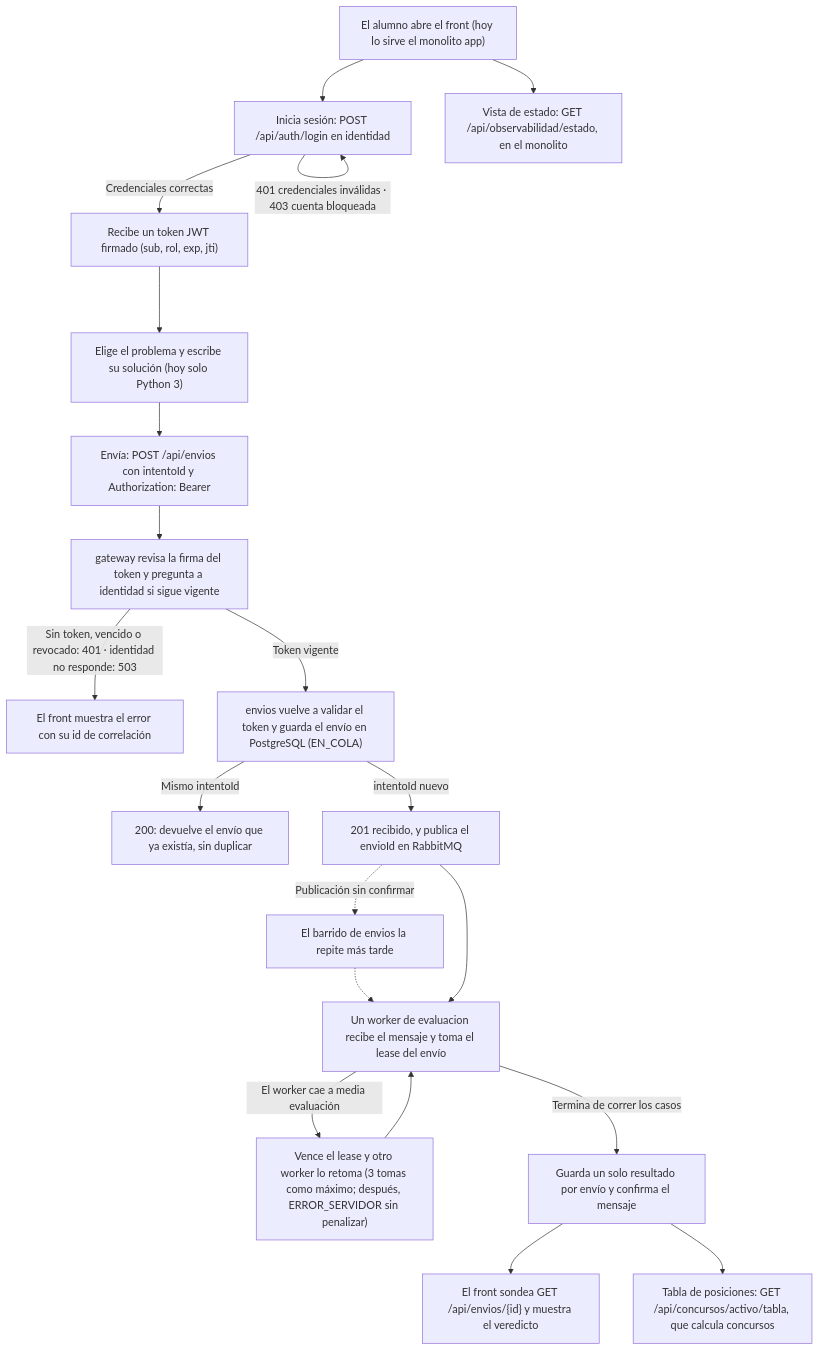
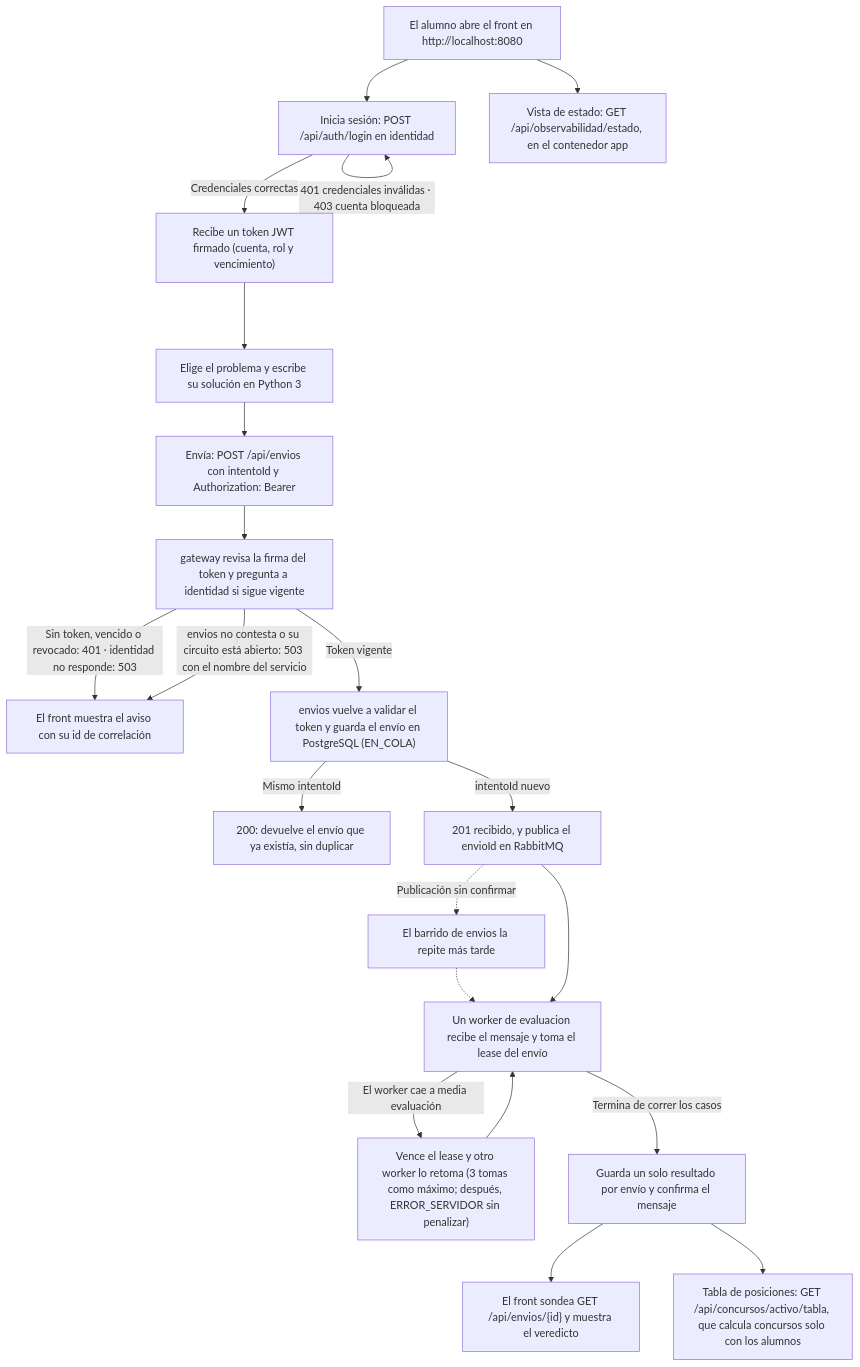
The first of 3 diagrams in docs/arquitectura.md (Delta2904/sd-2027-1-distrinubs), drawn with Mermaid before and after one commit. The commit also changed other lines of this file, not shown here.

Commit message:
Reescribe docs/arquitectura.md con lo que levanta el Compose de la etapa 2, lo planeado sin implementar y los tiempos medidos

````diff
--- a/docs/arquitectura.md
+++ b/docs/arquitectura.md
@@ -11,26 +11,27 @@
 ```mermaid
 flowchart TD
-    A["El alumno abre el front (hoy lo sirve el monolito app)"] --> B["Inicia sesión: POST /api/auth/login en identidad"]
-    B -->|"Credenciales correctas"| C["Recibe un token JWT firmado (sub, rol, exp, jti)"]
+    A["El alumno abre el front en http://localhost:8080"] --> B["Inicia sesión: POST /api/auth/login en identidad"]
+    B -->|"Credenciales correctas"| C["Recibe un token JWT firmado (cuenta, rol y vencimiento)"]
     B -->|"401 credenciales inválidas · 403 cuenta bloqueada"| B
 
-    C --> D["Elige el problema y escribe su solución (hoy solo Python 3)"]
+    C --> D["Elige el problema y escribe su solución en Python 3"]
     D --> E["Envía: POST /api/envios con intentoId y Authorization: Bearer"]
     E --> F["gateway revisa la firma del token y pregunta a identidad si sigue vigente"]
-    F -->|"Sin token, vencido o revocado: 401 · identidad no responde: 503"| ERR["El front muestra el error con su id de correlación"]
+    F -->|"Sin token, vencido o revocado: 401 · identidad no responde: 503"| ERR["El front muestra el aviso con su id de correlación"]
+    F -->|"envios no contesta o su circuito está abierto: 503 con el nombre del servicio"| ERR
     F -->|"Token vigente"| G["envios vuelve a validar el token y guarda el envío en PostgreSQL (EN_COLA)"]
 
     G -->|"Mismo intentoId"| G2["200: devuelve el envío que ya existía, sin duplicar"]
     G -->|"intentoId nuevo"| H["201 recibido, y publica el envioId en RabbitMQ"]
     H -.->|"Publicación sin confirmar"| H2["El barrido de envios la repite más tarde"]
     H2 -.-> I
 
     H --> I["Un worker de evaluacion recibe el mensaje y toma el lease del envío"]
     I -->|"El worker cae a media evaluación"| I2["Vence el lease y otro worker lo retoma (3 tomas como máximo; después, ERROR_SERVIDOR sin penalizar)"]
     I2 --> I
     I -->|"Termina de correr los casos"| J["Guarda un solo resultado por envío y confirma el mensaje"]
 
     J --> K["El front sondea GET /api/envios/{id} y muestra el veredicto"]
-    J --> L["Tabla de posiciones: GET /api/concursos/activo/tabla, que calcula concursos"]
-    A --> M["Vista de estado: GET /api/observabilidad/estado, en el monolito"]
+    J --> L["Tabla de posiciones: GET /api/concursos/activo/tabla, que calcula concursos solo con los alumnos"]
+    A --> M["Vista de estado: GET /api/observabilidad/estado, en el contenedor app"]
 ```
````
